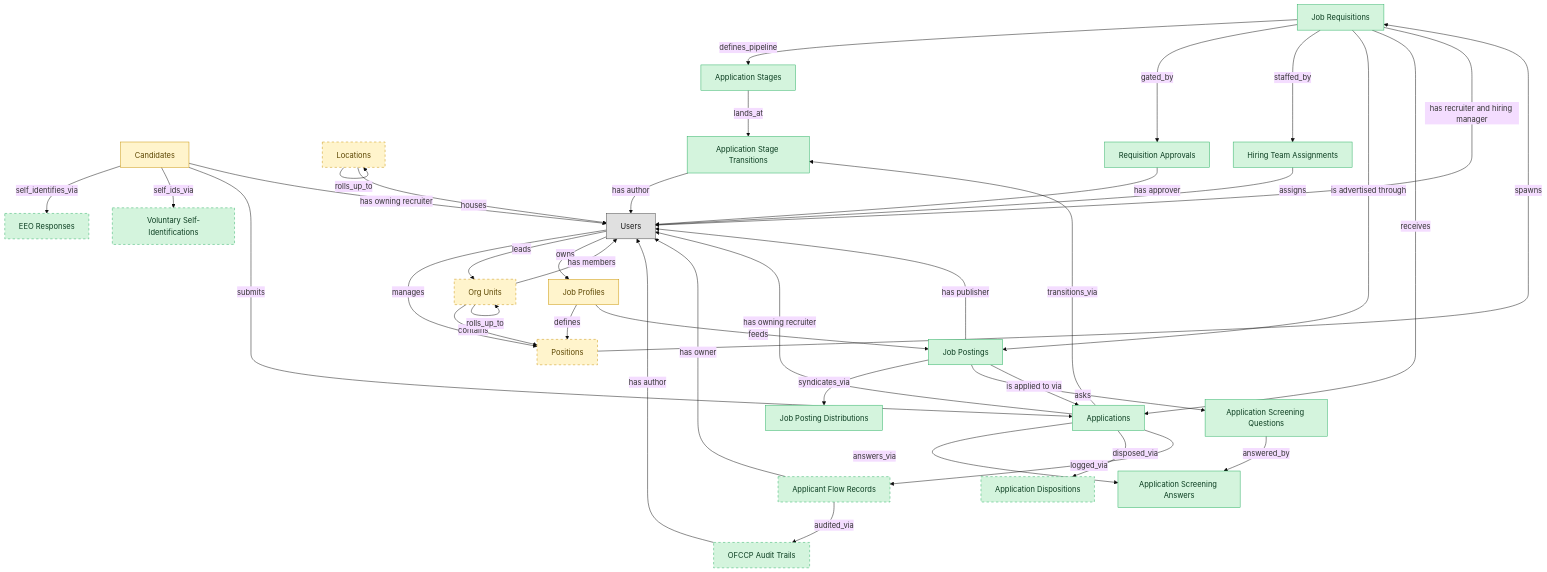
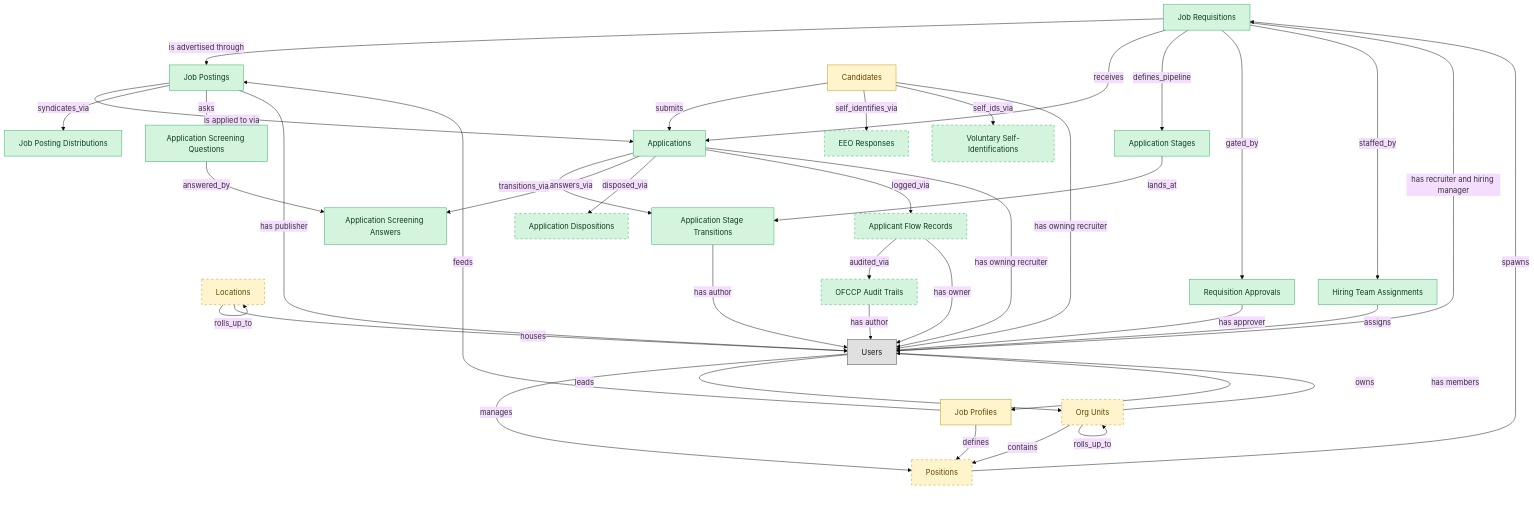
One commit to IntranetFactory/domain-map changed the diagram in catalog/blueprints/ats-recruitment-pipeline-semantic-blueprint.md. Above: the diagram before and after it, drawn with Mermaid (base theme). The commit also changed other lines of this file and 35 other files, not shown here.

````diff
--- a/catalog/blueprints/ats-recruitment-pipeline-semantic-blueprint.md
+++ b/catalog/blueprints/ats-recruitment-pipeline-semantic-blueprint.md
@@ -56,12 +56,12 @@
   classDef platform_builtin fill:#e0e0e0,stroke:#424242,color:#1a1a1a;
   job_requisitions["Job Requisitions"]
   job_postings["Job Postings"]
+  candidates["Candidates"]
   job_applications["Applications"]
-  candidates["Candidates"]
   hcm_positions["Positions"]
+  job_profiles["Job Profiles"]
   org_units["Org Units"]
   locations["Locations"]
-  job_profiles["Job Profiles"]
   application_stages["Application Stages"]
   application_stage_transitions["Application Stage Transitions"]
   requisition_approvals["Requisition Approvals"]
@@ -69,12 +69,22 @@
   application_screening_questions["Application Screening Questions"]
   application_screening_answers["Application Screening Answers"]
   eeo_responses["EEO Responses"]
+  applicant_flow_records["Applicant Flow Records"]
+  application_dispositions["Application Dispositions"]
+  voluntary_self_identifications["Voluntary Self-Identifications"]
+  ofccp_audit_trails["OFCCP Audit Trails"]
   hiring_team_assignments["Hiring Team Assignments"]
-  application_dispositions["Application Dispositions"]
-  ofccp_audit_trails["OFCCP Audit Trails"]
-  applicant_flow_records["Applicant Flow Records"]
-  voluntary_self_identifications["Voluntary Self-Identifications"]
   users["Users"]
+  org_units -->|"contains"| hcm_positions
+  job_profiles -->|"defines"| hcm_positions
+  hcm_positions -->|"spawns"| job_requisitions
+  job_profiles -->|"feeds"| job_postings
+  job_requisitions -->|"is advertised through"| job_postings
+  job_requisitions -->|"receives"| job_applications
+  job_postings -->|"is applied to via"| job_applications
+  candidates -->|"submits"| job_applications
+  org_units -->|"rolls_up_to"| org_units
+  locations -->|"rolls_up_to"| locations
   job_requisitions -->|"defines_pipeline"| application_stages
   job_applications -->|"transitions_via"| application_stage_transitions
   application_stages -->|"lands_at"| application_stage_transitions
@@ -89,16 +99,13 @@
   job_applications -->|"logged_via"| applicant_flow_records
   job_requisitions -->|"staffed_by"| hiring_team_assignments
   applicant_flow_records -->|"audited_via"| ofccp_audit_trails
-  org_units -->|"contains"| hcm_positions
-  job_profiles -->|"defines"| hcm_positions
-  hcm_positions -->|"spawns"| job_requisitions
-  job_profiles -->|"feeds"| job_postings
-  job_requisitions -->|"is advertised through"| job_postings
-  job_requisitions -->|"receives"| job_applications
-  job_postings -->|"is applied to via"| job_applications
-  candidates -->|"submits"| job_applications
-  org_units -->|"rolls_up_to"| org_units
-  locations -->|"rolls_up_to"| locations
+  users -->|"manages"| hcm_positions
+  users -->|"leads"| org_units
+  users -->|"owns"| job_profiles
+  job_requisitions -->|"has recruiter and hiring manager"| users
+  job_applications -->|"has owning recruiter"| users
+  org_units -->|"has members"| users
+  locations -->|"houses"| users
   hiring_team_assignments -->|"assigns"| users
   candidates -->|"has owning recruiter"| users
   job_postings -->|"has publisher"| users
@@ -106,21 +113,14 @@
   applicant_flow_records -->|"has owner"| users
   requisition_approvals -->|"has approver"| users
   ofccp_audit_trails -->|"has author"| users
-  users -->|"manages"| hcm_positions
-  users -->|"leads"| org_units
-  users -->|"owns"| job_profiles
-  job_requisitions -->|"has recruiter and hiring manager"| users
-  job_applications -->|"has owning recruiter"| users
-  org_units -->|"has members"| users
-  locations -->|"houses"| users
   class job_requisitions master;
   class job_postings master;
+  class candidates embedded_master;
   class job_applications master;
-  class candidates embedded_master;
   class hcm_positions embedded_master;
+  class job_profiles embedded_master;
   class org_units embedded_master;
   class locations embedded_master;
-  class job_profiles embedded_master;
   class application_stages master;
   class application_stage_transitions master;
   class requisition_approvals master;
@@ -128,18 +128,18 @@
   class application_screening_questions master;
   class application_screening_answers master;
   class eeo_responses master;
+  class applicant_flow_records master;
+  class application_dispositions master;
+  class voluntary_self_identifications master;
+  class ofccp_audit_trails master;
   class hiring_team_assignments master;
-  class application_dispositions master;
-  class ofccp_audit_trails master;
-  class applicant_flow_records master;
-  class voluntary_self_identifications master;
   class users platform_builtin;
   style hcm_positions stroke-dasharray:5 5;
   style org_units stroke-dasharray:5 5;
   style locations stroke-dasharray:5 5;
   style eeo_responses stroke-dasharray:5 5;
+  style applicant_flow_records stroke-dasharray:5 5;
   style application_dispositions stroke-dasharray:5 5;
+  style voluntary_self_identifications stroke-dasharray:5 5;
   style ofccp_audit_trails stroke-dasharray:5 5;
-  style applicant_flow_records stroke-dasharray:5 5;
-  style voluntary_self_identifications stroke-dasharray:5 5;
 ```
````
